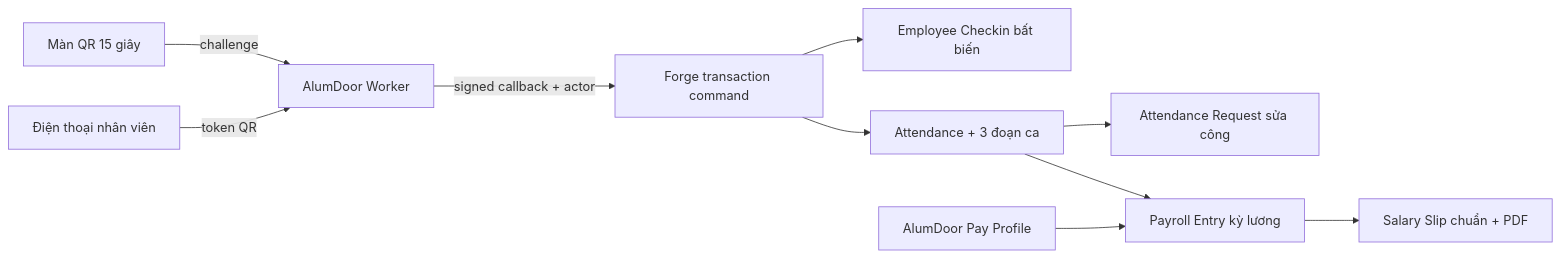
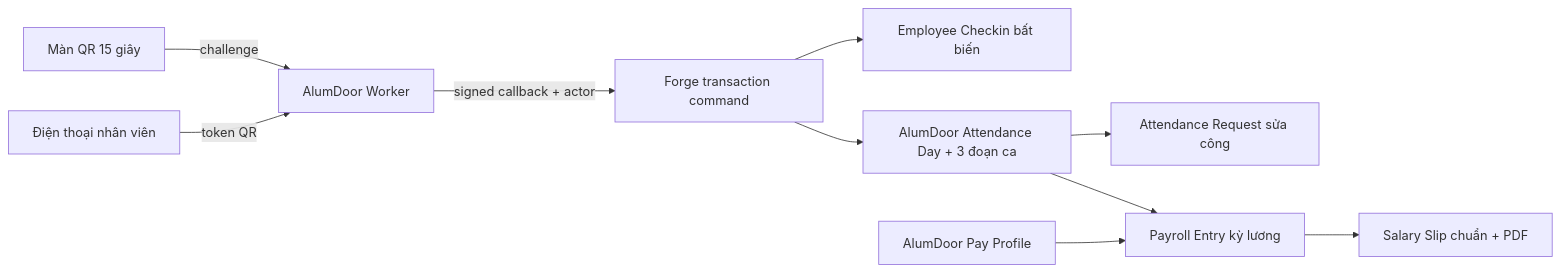
The diagram in docs/ALUMDOOR-CHAM-CONG-TINH-LUONG-TECHNICAL-DESIGN-20260810.md (nguyentrieu210/forge-core), drawn with Mermaid before and after one commit. The commit also changed other lines of this file and 34 other files, not shown here.

````diff
--- a/docs/ALUMDOOR-CHAM-CONG-TINH-LUONG-TECHNICAL-DESIGN-20260810.md
+++ b/docs/ALUMDOOR-CHAM-CONG-TINH-LUONG-TECHNICAL-DESIGN-20260810.md
@@ -18,12 +18,12 @@
 ```mermaid
 flowchart LR
   A["Màn QR 15 giây"] -->|challenge| B["AlumDoor Worker"]
   C["Điện thoại nhân viên"] -->|token QR| B
   B -->|signed callback + actor| D["Forge transaction command"]
   D --> E["Employee Checkin bất biến"]
-  D --> F["Attendance + 3 đoạn ca"]
+  D --> F["AlumDoor Attendance Day + 3 đoạn ca"]
   F --> G["Attendance Request sửa công"]
   F --> H["Payroll Entry kỳ lương"]
   I["AlumDoor Pay Profile"] --> H
   H --> J["Salary Slip chuẩn + PDF"]
 ```
````
